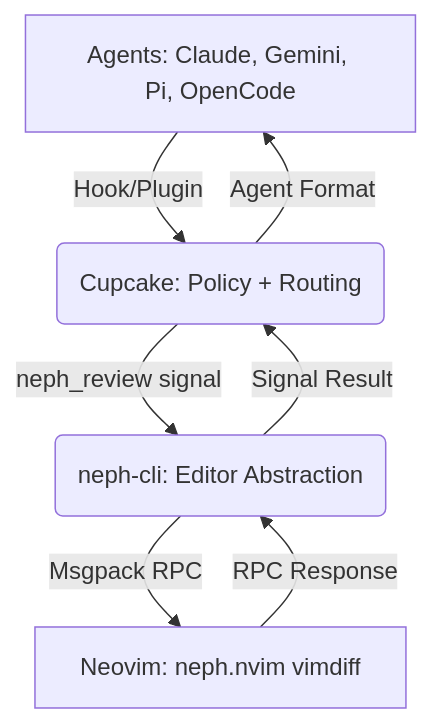
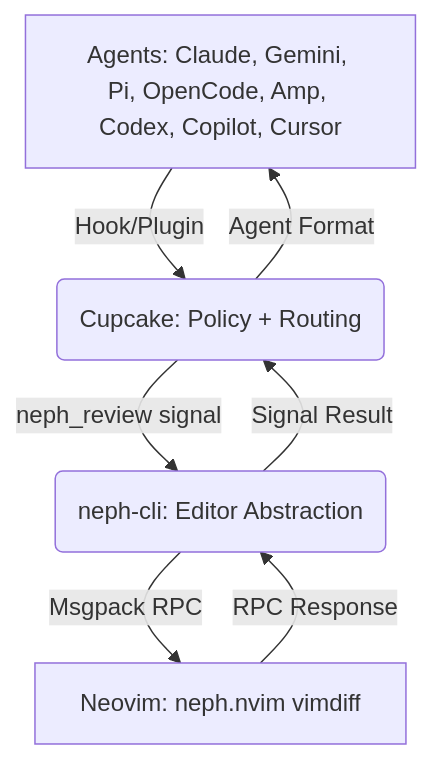
Before and after one commit to roshbhatia/neph.nvim: the first of 2 diagrams in docs/docs.md, drawn with Mermaid. The commit also changed other lines of this file and 6 other files, not shown here.

First line of the commit message:
docs: update API endpoints and architecture diagram agents

````diff
--- a/docs/docs.md
+++ b/docs/docs.md
@@ -10,9 +10,9 @@
 ```mermaid
 graph TD
-    A[Agents: Claude, Gemini, Pi, OpenCode] -->|Hook/Plugin| B(Cupcake: Policy + Routing)
+    A[Agents: Claude, Gemini, Pi, OpenCode, Amp, Codex, Copilot, Cursor] -->|Hook/Plugin| B(Cupcake: Policy + Routing)
     B -->|neph_review signal| C(neph-cli: Editor Abstraction)
     C -->|Msgpack RPC| D[Neovim: neph.nvim vimdiff]
     D -->|RPC Response| C
     C -->|Signal Result| B
     B -->|Agent Format| A
 ```
````
